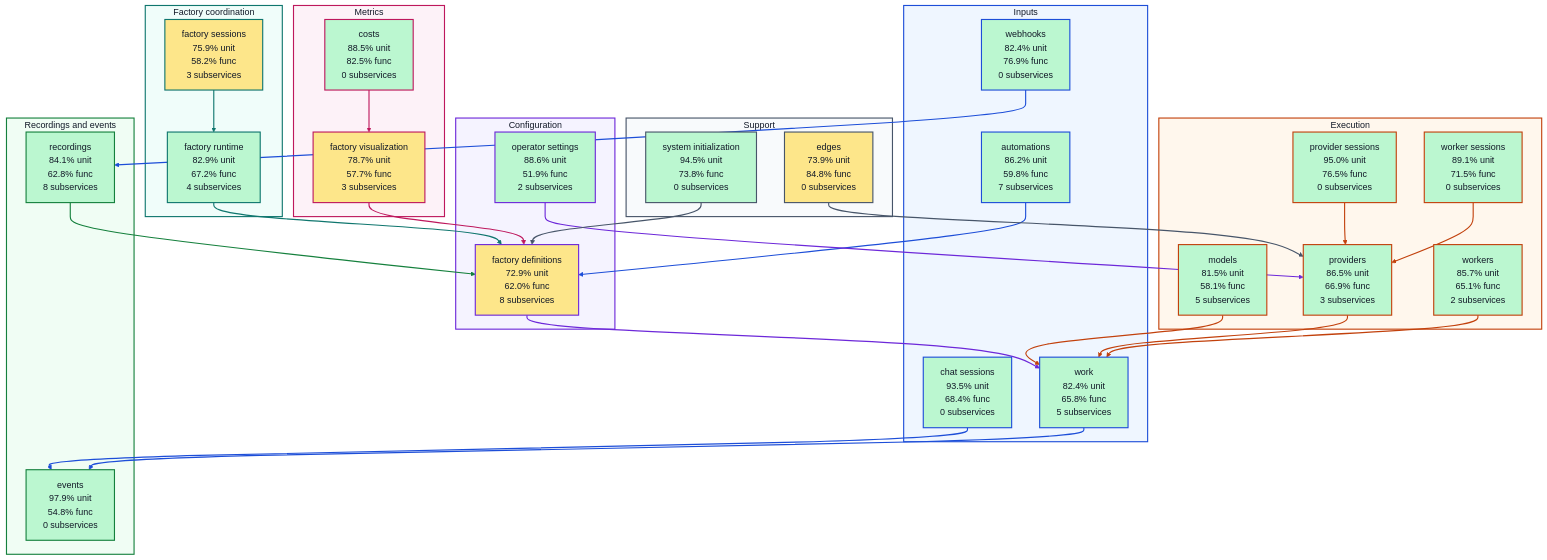
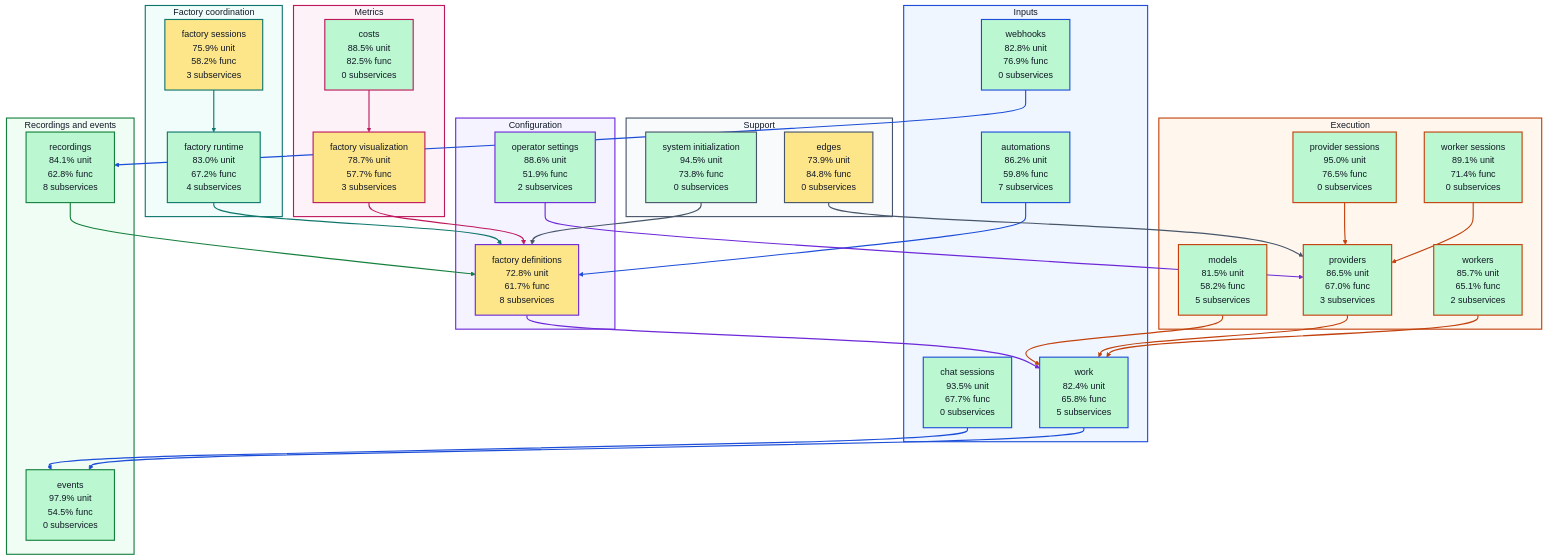
The diagram in docs/architecture/visualizations/high-level-test-coverage.md (portpowered/you-agent-factory), drawn with Mermaid (neutral theme) before and after one commit. The commit also changed other lines of this file and 20 other files, not shown here.

Commit message:
docs: refresh backend architecture visualizations

```diff
--- a/docs/architecture/visualizations/high-level-test-coverage.md
+++ b/docs/architecture/visualizations/high-level-test-coverage.md
@@ -12,27 +12,27 @@
 flowchart TB
   subgraph input["Inputs"]
     s_services_automations["automations<br/>86.2% unit<br/>59.8% func<br/>7 subservices"]
-    s_services_chat_sessions["chat sessions<br/>93.5% unit<br/>68.4% func<br/>0 subservices"]
-    s_services_webhooks["webhooks<br/>82.4% unit<br/>76.9% func<br/>0 subservices"]
+    s_services_chat_sessions["chat sessions<br/>93.5% unit<br/>67.7% func<br/>0 subservices"]
+    s_services_webhooks["webhooks<br/>82.8% unit<br/>76.9% func<br/>0 subservices"]
     s_services_work["work<br/>82.4% unit<br/>65.8% func<br/>5 subservices"]
   end
   subgraph configuration["Configuration"]
-    s_services_factory_definitions["factory definitions<br/>72.9% unit<br/>62.0% func<br/>8 subservices"]
+    s_services_factory_definitions["factory definitions<br/>72.8% unit<br/>61.7% func<br/>8 subservices"]
     s_services_operator_settings["operator settings<br/>88.6% unit<br/>51.9% func<br/>2 subservices"]
   end
   subgraph coordination["Factory coordination"]
-    s_services_factory_runtime["factory runtime<br/>82.9% unit<br/>67.2% func<br/>4 subservices"]
+    s_services_factory_runtime["factory runtime<br/>83.0% unit<br/>67.2% func<br/>4 subservices"]
     s_services_factory_sessions["factory sessions<br/>75.9% unit<br/>58.2% func<br/>3 subservices"]
   end
   subgraph execution["Execution"]
-    s_services_models["models<br/>81.5% unit<br/>58.1% func<br/>5 subservices"]
+    s_services_models["models<br/>81.5% unit<br/>58.2% func<br/>5 subservices"]
     s_services_provider_sessions["provider sessions<br/>95.0% unit<br/>76.5% func<br/>0 subservices"]
-    s_services_providers["providers<br/>86.5% unit<br/>66.9% func<br/>3 subservices"]
-    s_services_worker_sessions["worker sessions<br/>89.1% unit<br/>71.5% func<br/>0 subservices"]
+    s_services_providers["providers<br/>86.5% unit<br/>67.0% func<br/>3 subservices"]
+    s_services_worker_sessions["worker sessions<br/>89.1% unit<br/>71.4% func<br/>0 subservices"]
     s_services_workers["workers<br/>85.7% unit<br/>65.1% func<br/>2 subservices"]
   end
   subgraph recordings["Recordings and events"]
-    s_services_events["events<br/>97.9% unit<br/>54.8% func<br/>0 subservices"]
+    s_services_events["events<br/>97.9% unit<br/>54.5% func<br/>0 subservices"]
     s_services_recordings["recordings<br/>84.1% unit<br/>62.8% func<br/>8 subservices"]
   end
   subgraph metrics["Metrics"]
```
